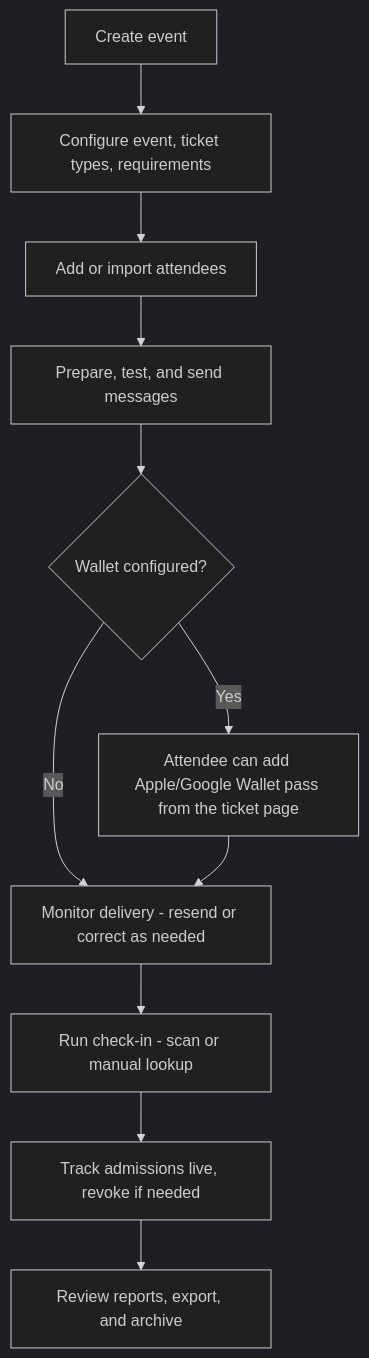
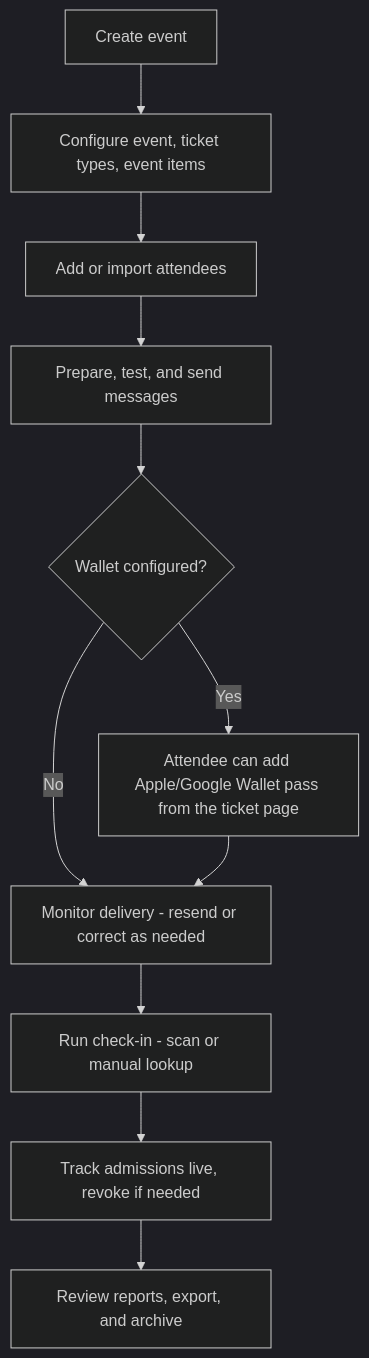
The diagram in docs/wiki/Home.md (solarssk/admitto), drawn with Mermaid (dark theme) before and after one commit. The commit also changed other lines of this file and 32 other files, not shown here.

Commit message:
fix(admin): rename Requirements to Event items and move it just before Check-in

````diff
--- a/docs/wiki/Home.md
+++ b/docs/wiki/Home.md
@@ -21,13 +21,13 @@
 ```mermaid
 flowchart TD
-    create[Create event] --> configure[Configure event, ticket types, requirements]
+    create[Create event] --> configure[Configure event, ticket types, event items]
     configure --> attendees[Add or import attendees]
     attendees --> messages[Prepare, test, and send messages]
     messages --> wallet{Wallet configured?}
     wallet -->|Yes| pass[Attendee can add Apple/Google Wallet pass from the ticket page]
     wallet -->|No| monitor
     pass --> monitor[Monitor delivery - resend or correct as needed]
     monitor --> checkin[Run check-in - scan or manual lookup]
     checkin --> live[Track admissions live, revoke if needed]
     live --> close[Review reports, export, and archive]
 ```
````
